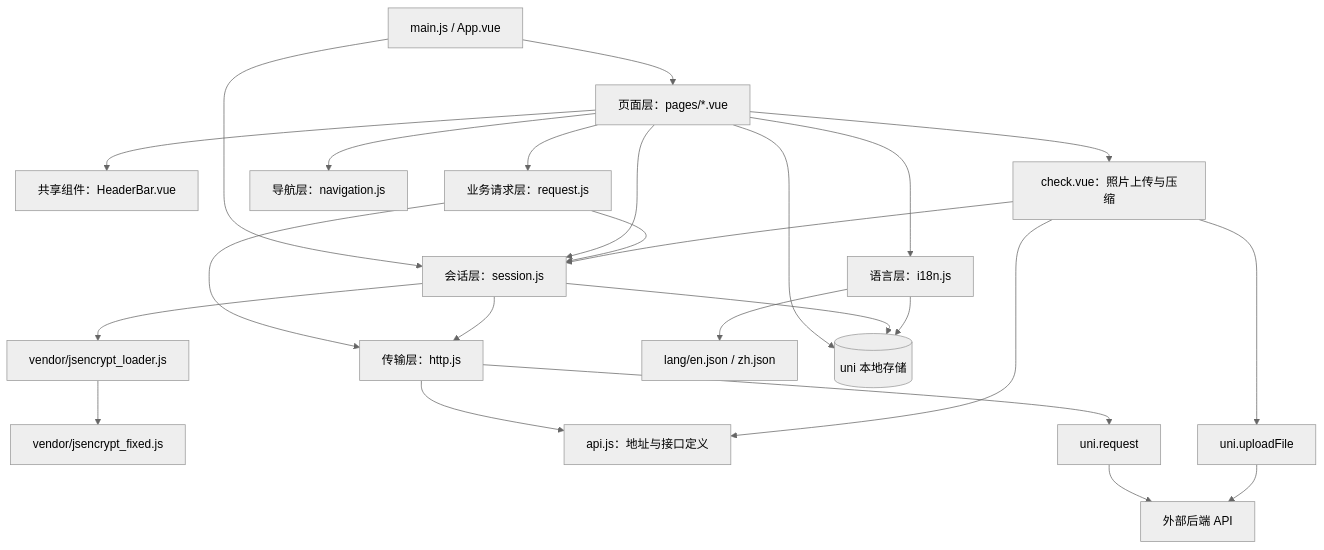
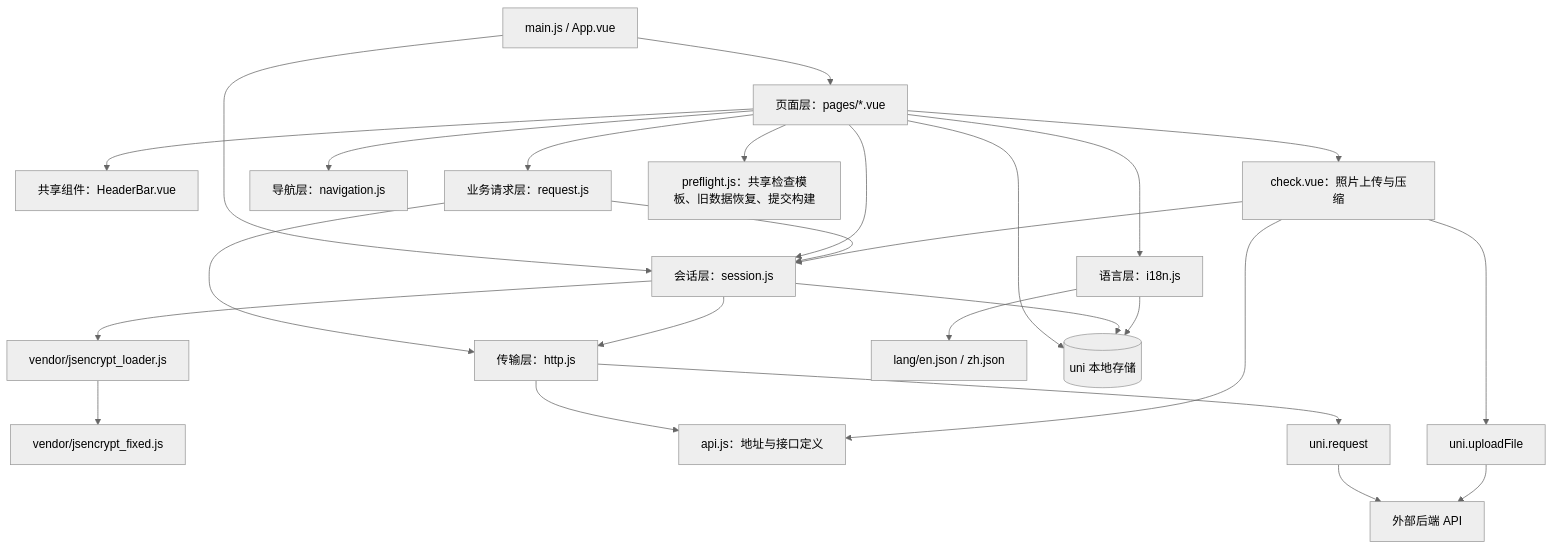
The diagram in doc/01-project-structure.md (Vairsly/A2ZAPP), drawn with Mermaid (neutral theme) before and after one commit. The commit also changed other lines of this file and 12 other files, not shown here.

````diff
--- a/doc/01-project-structure.md
+++ b/doc/01-project-structure.md
@@ -76,27 +78,28 @@
 ```mermaid
 flowchart TB
     Entry["main.js / App.vue"] --> Pages["页面层：pages/*.vue"]
     Entry --> Session["会话层：session.js"]
     Pages --> Header["共享组件：HeaderBar.vue"]
     Pages --> Req["业务请求层：request.js"]
     Pages --> Session
     Pages --> Nav["导航层：navigation.js"]
     Pages --> Lang["语言层：i18n.js"]
     Pages --> Upload["check.vue：照片上传与压缩"]
+    Pages --> Template["preflight.js：共享检查模板、旧数据恢复、提交构建"]
     Req --> Session
     Req --> Http["传输层：http.js"]
     Session --> Http
     Session --> RSA["vendor/jsencrypt_loader.js"]
     RSA --> Fixed["vendor/jsencrypt_fixed.js"]
     Http --> Base["api.js：地址与接口定义"]
     Upload --> Base
     Upload --> Session
     Lang --> Packs["lang/en.json / zh.json"]
     Pages --> Storage[("uni 本地存储")]
     Session --> Storage
     Lang --> Storage
     Http --> UniReq["uni.request"]
     Upload --> UniUpload["uni.uploadFile"]
     UniReq --> Backend["外部后端 API"]
     UniUpload --> Backend
 ```
````
